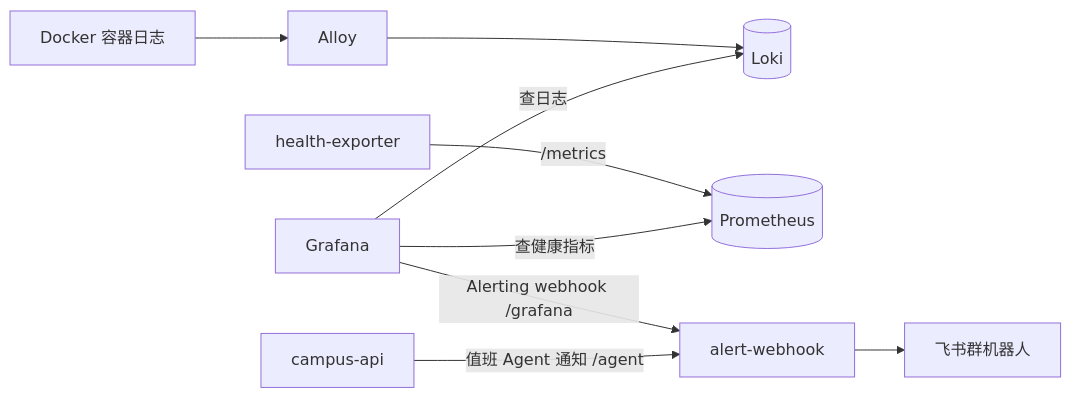
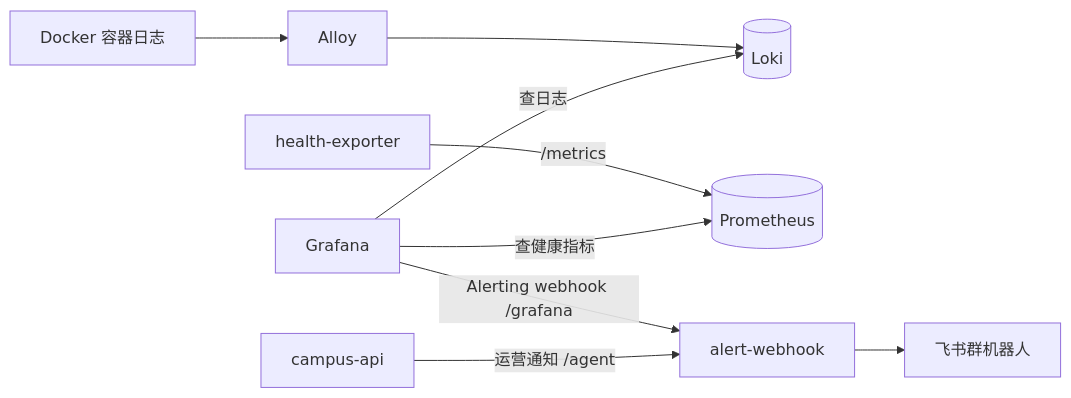
The diagram in docs/observability-alerting.md (tangfire/lehu-video), drawn with Mermaid before and after one commit. The commit also changed other lines of this file and 10 other files, not shown here.

````diff
--- a/docs/observability-alerting.md
+++ b/docs/observability-alerting.md
@@ -9,13 +9,13 @@
 ```mermaid
 flowchart LR
     Docker[Docker 容器日志] --> Alloy[Alloy]
     Alloy --> Loki[(Loki)]
     Grafana[Grafana] -->|查日志| Loki
 
     Health[health-exporter] -->|/metrics| Prometheus[(Prometheus)]
     Grafana -->|查健康指标| Prometheus
 
     Grafana -->|Alerting webhook /grafana| Alert[alert-webhook]
-    API[campus-api] -->|值班 Agent 通知 /agent| Alert
+    API[campus-api] -->|运营通知 /agent| Alert
     Alert --> Feishu[飞书群机器人]
 ```
````
